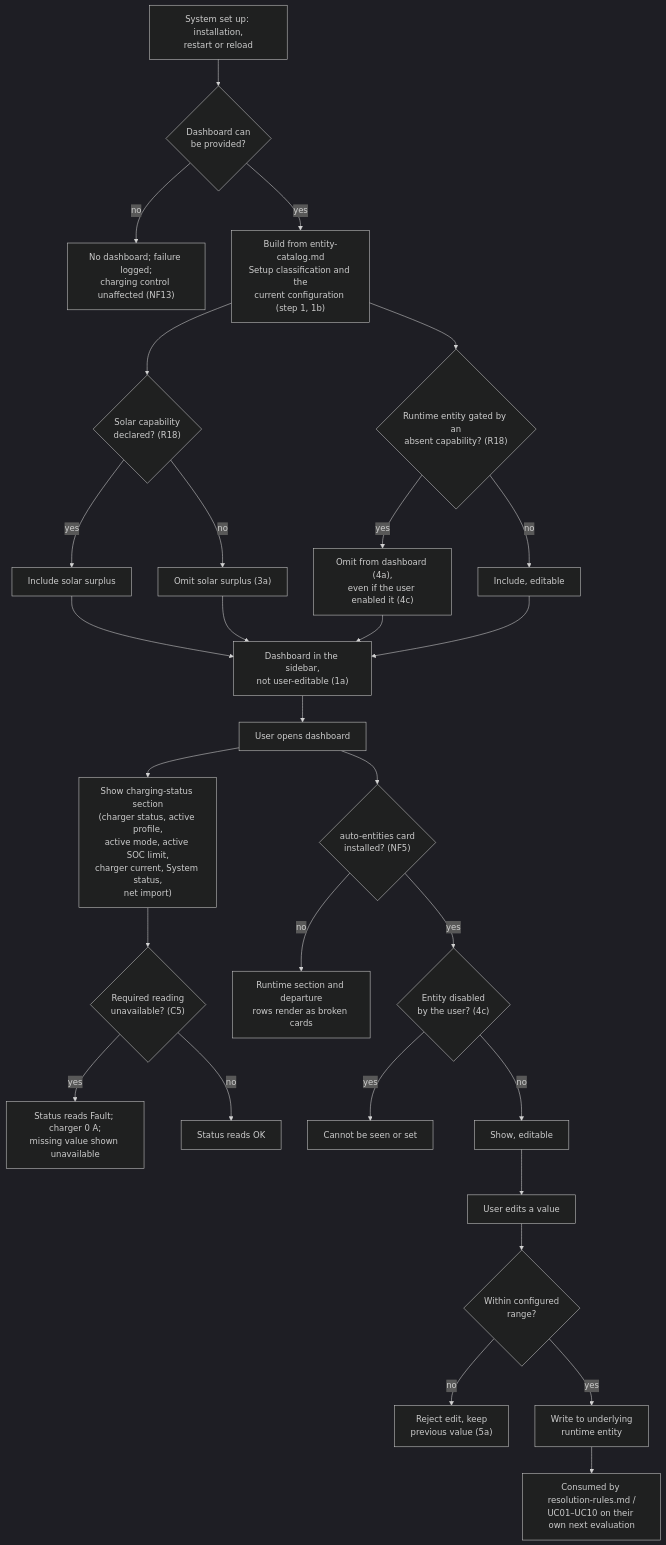
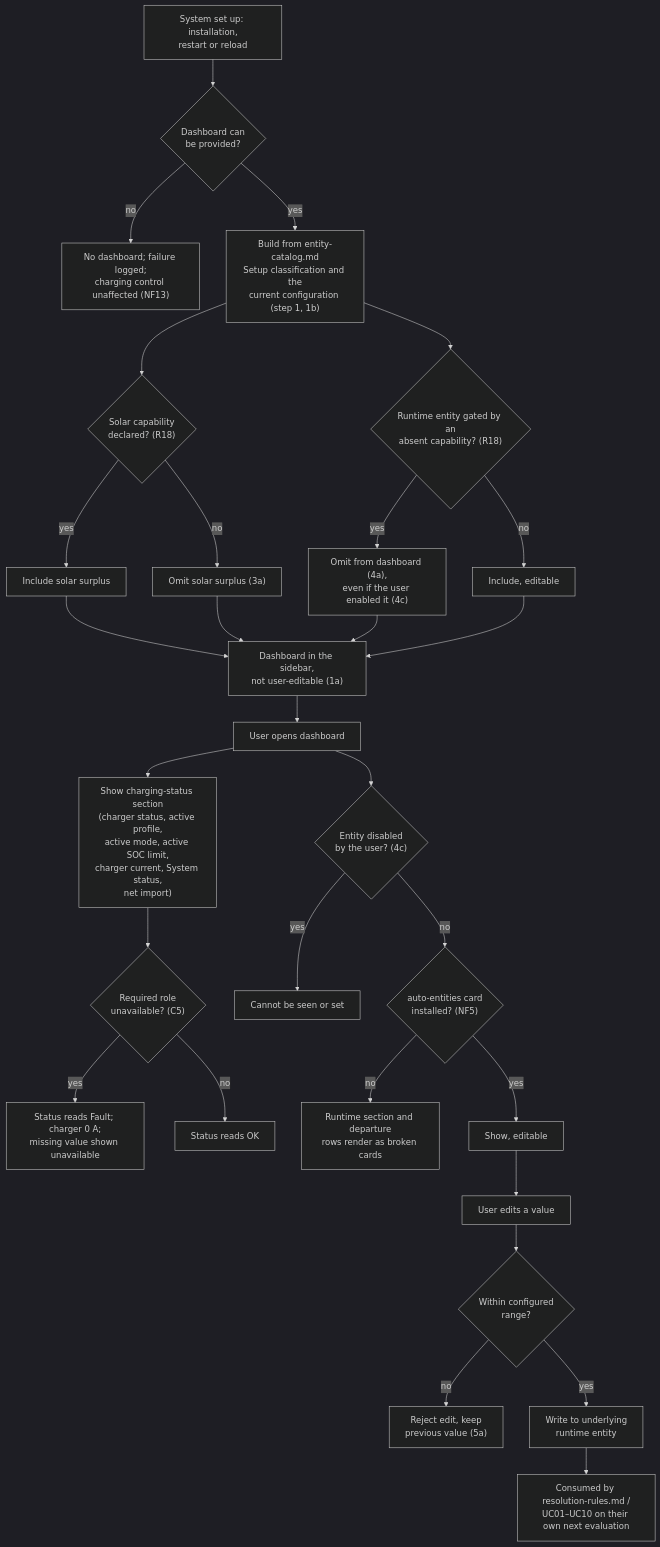
One commit to kristofdegrave/homeassistant-smart-charging changed the diagram in docs/analysis/use-cases/UC11-monitor-and-manage-charging-configuration.md. Above: the diagram before and after it, drawn with Mermaid (dark theme). The commit also changed other lines of this file, not shown here.

````diff
--- a/docs/analysis/use-cases/UC11-monitor-and-manage-charging-configuration.md
+++ b/docs/analysis/use-cases/UC11-monitor-and-manage-charging-configuration.md
@@ -215,31 +215,31 @@
 ```mermaid
 flowchart TD
     Setup["System set up: installation,<br/>restart or reload"] --> Build{"Dashboard can<br/>be provided?"}
     Build -- no --> Absent["No dashboard; failure logged;<br/>charging control unaffected (NF13)"]
     Build -- yes --> Catalog["Build from entity-catalog.md<br/>Setup classification and the<br/>current configuration (step 1, 1b)"]
     Catalog --> SolarFilter{"Solar capability<br/>declared? (R18)"}
     SolarFilter -- yes --> Surplus["Include solar surplus"]
     SolarFilter -- no --> OmitSurplus["Omit solar surplus (3a)"]
     Catalog --> Filter{"Runtime entity gated by an<br/>absent capability? (R18)"}
     Filter -- yes --> Omit["Omit from dashboard (4a),<br/>even if the user enabled it (4c)"]
     Filter -- no --> Include["Include, editable"]
     Surplus --> Provided["Dashboard in the sidebar,<br/>not user-editable (1a)"]
     OmitSurplus --> Provided
     Omit --> Provided
     Include --> Provided
     Provided --> Open["User opens dashboard"]
     Open --> Status["Show charging-status section<br/>(charger status, active profile,<br/>active mode, active SOC limit,<br/>charger current, System status,<br/>net import)"]
-    Status --> Fault{"Required reading<br/>unavailable? (C5)"}
+    Status --> Fault{"Required role<br/>unavailable? (C5)"}
     Fault -- yes --> ShowFault["Status reads Fault; charger 0 A;<br/>missing value shown unavailable"]
     Fault -- no --> ShowOk["Status reads OK"]
-    Open --> Card{"auto-entities card<br/>installed? (NF5)"}
+    Open --> Disabled{"Entity disabled<br/>by the user? (4c)"}
+    Disabled -- yes --> NoValue["Cannot be seen or set"]
+    Disabled -- no --> Card{"auto-entities card<br/>installed? (NF5)"}
     Card -- no --> Broken["Runtime section and departure<br/>rows render as broken cards"]
-    Card -- yes --> Disabled{"Entity disabled<br/>by the user? (4c)"}
-    Disabled -- yes --> NoValue["Cannot be seen or set"]
-    Disabled -- no --> Show["Show, editable"]
+    Card -- yes --> Show["Show, editable"]
     Show --> Edit["User edits a value"]
     Edit --> Validate{"Within configured<br/>range?"}
     Validate -- no --> Reject["Reject edit, keep<br/>previous value (5a)"]
     Validate -- yes --> Write["Write to underlying<br/>runtime entity"]
     Write --> Downstream["Consumed by resolution-rules.md /<br/>UC01–UC10 on their own next evaluation"]
 ```
````
